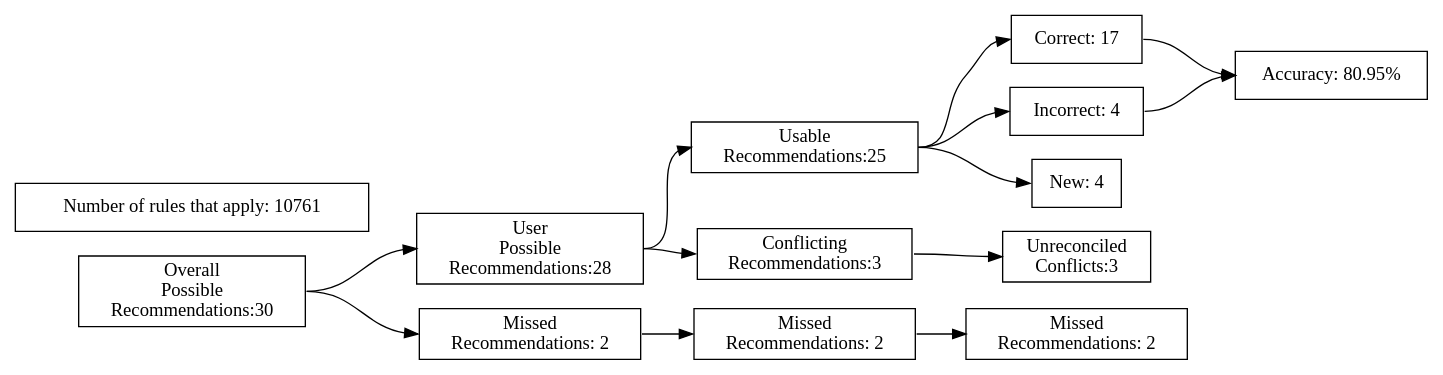
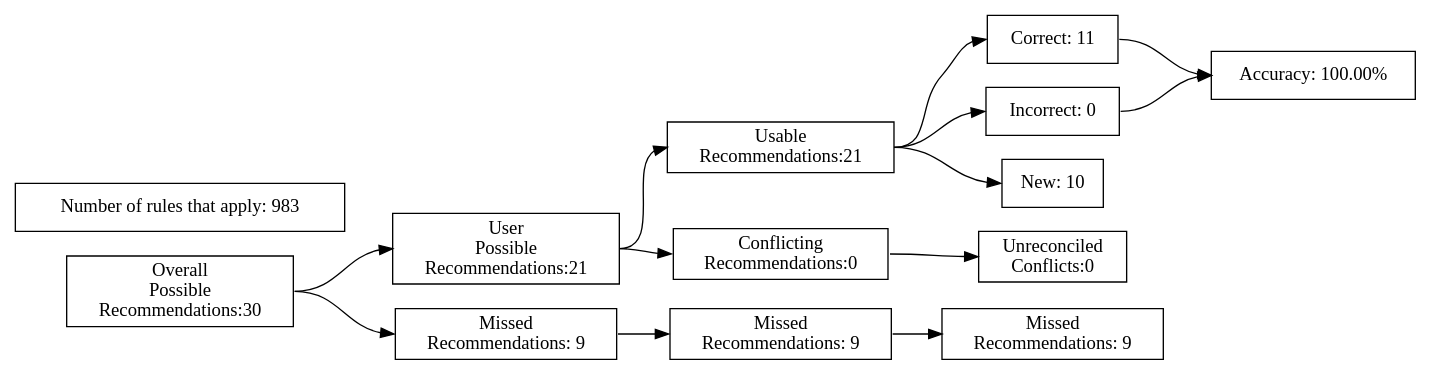
Before and after one commit to ZaxR/ibd_diet_analysis: the diagram in test_renders/1.gv, drawn with Graphviz. The commit also changed 78 other files, not shown here.

```diff
--- a/test_renders/1.gv
+++ b/test_renders/1.gv
@@ -1,40 +1,40 @@
 digraph {
 	graph [rankdir=LR]
 	node [pos=r shape=box]
 	edge [headport=w tailport=e]
 		A [label="Overall
 Possible
 Recommendations:30"]
 		B [label="User
 Possible
-Recommendations:28"]
+Recommendations:21"]
 		C [label="Missed
-Recommendations: 2"]
+Recommendations: 9"]
 		D [label="Usable
-Recommendations:25"]
+Recommendations:21"]
 		E [label="Conflicting
-Recommendations:3"]
+Recommendations:0"]
 		J [label="Missed
-Recommendations: 2"]
+Recommendations: 9"]
 		M [label="Unreconciled
-Conflicts:3"]
-		F [label="Correct: 17"]
-		G [label="Incorrect: 4"]
-		H [label="New: 4"]
+Conflicts:0"]
+		F [label="Correct: 11"]
+		G [label="Incorrect: 0"]
+		H [label="New: 10"]
 		K [label="Missed
-Recommendations: 2"]
-		I [label="Accuracy: 80.95%"]
-		l [label="Number of rules that apply: 10761"]
+Recommendations: 9"]
+		I [label="Accuracy: 100.00%"]
+		l [label="Number of rules that apply: 983"]
 			A -> B
 			A -> C
 			B -> D
 			B -> E
 			D -> F
 			D -> G
 			D -> H
 			F -> I
 			G -> I
 			C -> J
 			J -> K
 			E -> M
 }
```
